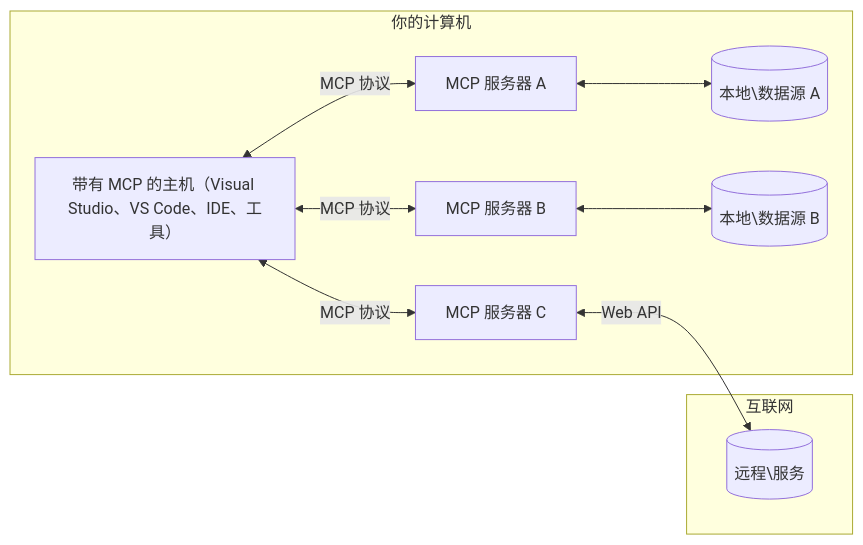
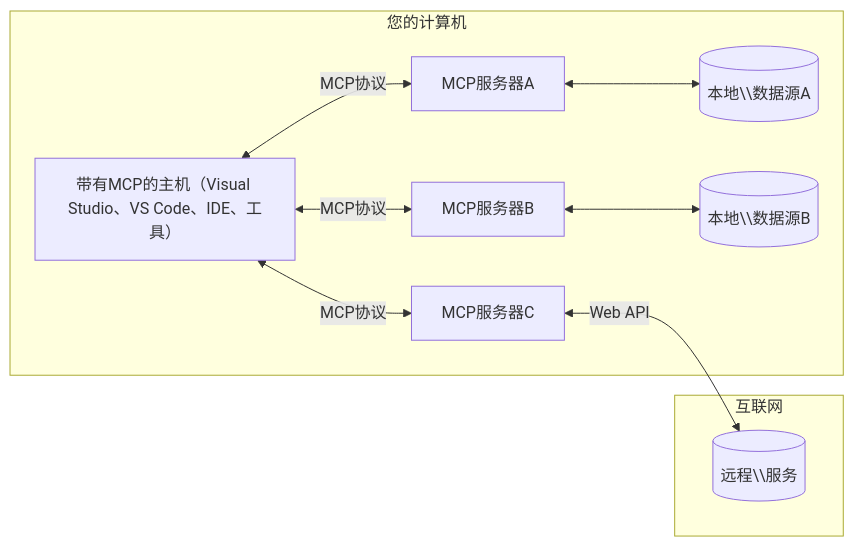
The diagram in mcp_ecosystem__model_context_protocol/mcp_learning_resources/mcp-for-beginners/translations/zh-CN/01-CoreConcepts/README.md (HIDORAKAI002/ai-workspace-archive), drawn with Mermaid before and after one commit. The commit also changed other lines of this file and 1046 other files, not shown here.

````diff
--- a/mcp_ecosystem__model_context_protocol/mcp_learning_resources/mcp-for-beginners/translations/zh-CN/01-CoreConcepts/README.md
+++ b/mcp_ecosystem__model_context_protocol/mcp_learning_resources/mcp-for-beginners/translations/zh-CN/01-CoreConcepts/README.md
@@ -45,17 +45,17 @@
 ```mermaid
 flowchart LR
-    subgraph "你的计算机"
-        Host["带有 MCP 的主机（Visual Studio、VS Code、IDE、工具）"]
-        S1["MCP 服务器 A"]
-        S2["MCP 服务器 B"]
-        S3["MCP 服务器 C"]
-        Host <-->|"MCP 协议"| S1
-        Host <-->|"MCP 协议"| S2
-        Host <-->|"MCP 协议"| S3
-        S1 <--> D1[("本地\数据源 A")]
-        S2 <--> D2[("本地\数据源 B")]
+    subgraph "您的计算机"
+        Host["带有MCP的主机（Visual Studio、VS Code、IDE、工具）"]
+        S1["MCP服务器A"]
+        S2["MCP服务器B"]
+        S3["MCP服务器C"]
+        Host <-->|"MCP协议"| S1
+        Host <-->|"MCP协议"| S2
+        Host <-->|"MCP协议"| S3
+        S1 <--> D1[("本地\\数据源A")]
+        S2 <--> D2[("本地\\数据源B")]
     end
     subgraph "互联网"
-        S3 <-->|"Web API"| D3[("远程\服务")]
+        S3 <-->|"Web API"| D3[("远程\\服务")]
     end
-```  
+```
````
